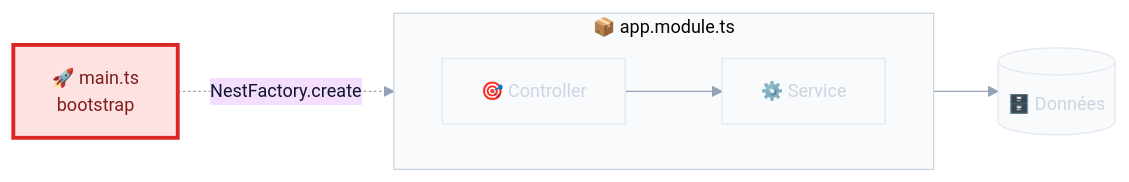
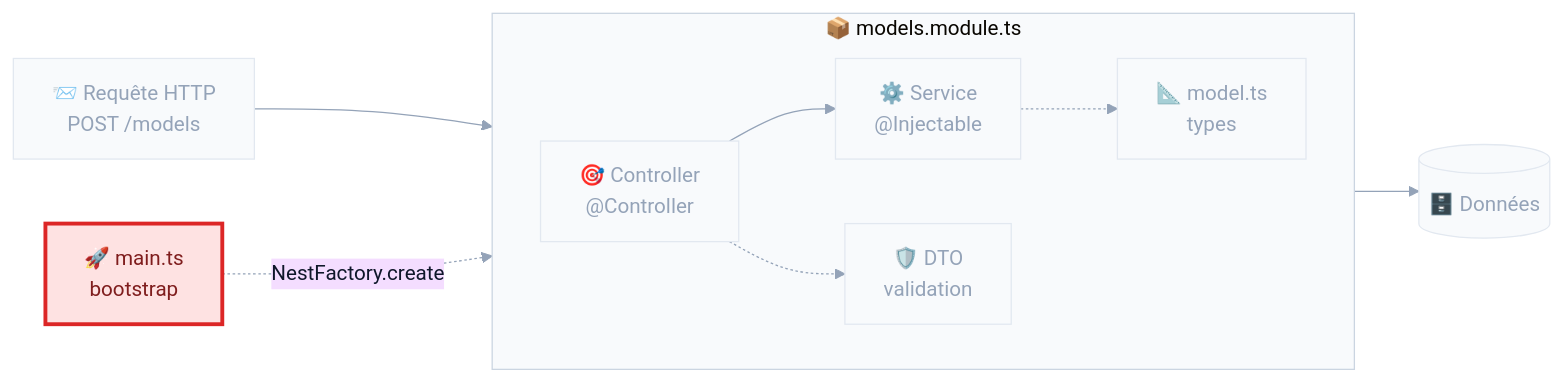
Before and after one commit to gaetanmaisse/ismin-web-2026-tps: the seventh of 9 diagrams in slides/s02-nestjs.md, drawn with Mermaid. The commit also changed other lines of this file, not shown here.

````diff
--- a/slides/s02-nestjs.md
+++ b/slides/s02-nestjs.md
@@ -856,15 +920,29 @@
-```mermaid {scale: 0.5}
-%%{init: {'theme':'base','themeVariables':{'fontFamily':'ui-sans-serif, -apple-system, Segoe UI, sans-serif','fontSize':'14px','lineColor':'#94a3b8','primaryTextColor':'#0f172a','clusterBkg':'#f8fafc','clusterBorder':'#cbd5e1'}}}%%
+```mermaid {scale: 0.95}
+%%{init: {'theme':'base','themeVariables':{'fontFamily':'ui-sans-serif, -apple-system, Segoe UI, sans-serif','fontSize':'16px','lineColor':'#94a3b8','primaryTextColor':'#0f172a','clusterBkg':'#f8fafc','clusterBorder':'#cbd5e1'}}}%%
 flowchart LR
   MA["🚀 main.ts<br/>bootstrap"] -.->|"NestFactory.create"| M
-  subgraph M["📦 app.module.ts"]
+  R["📨 Requête HTTP<br/>POST /models"] --> C
+  subgraph M["📦 models.module.ts"]
     direction LR
-    C["🎯 Controller"] --> S["⚙️ Service"]
+    C["🎯 Controller<br/>@Controller"] --> S["⚙️ Service<br/>@Injectable"]
+    C -.-> D["🛡️ DTO<br/>validation"]
+    S -.-> E["📐 model.ts<br/>types"]
   end
   S --> DB[("🗄️ Données")]
 
   classDef boot fill:#fee2e2,stroke:#dc2626,stroke-width:3px,color:#7f1d1d
-  classDef mute fill:#f8fafc,stroke:#e2e8f0,stroke-width:1px,color:#cbd5e1
+  classDef req fill:#fef3c7,stroke:#f59e0b,stroke-width:2px,color:#78350f
+  classDef ctrl fill:#dbeafe,stroke:#2563eb,stroke-width:2px,color:#1e3a5f
+  classDef svc fill:#ede9fe,stroke:#7c3aed,stroke-width:2px,color:#3b0764
+  classDef dto fill:#ccfbf1,stroke:#0d9488,stroke-width:2px,color:#134e4a
+  classDef typ fill:#f1f5f9,stroke:#64748b,stroke-width:2px,color:#1e293b
+  classDef db fill:#dcfce7,stroke:#16a34a,stroke-width:2px,color:#14532d
+  classDef mute fill:#f8fafc,stroke:#e2e8f0,stroke-width:1px,color:#94a3b8
   class MA boot
-  class C,S,DB mute
+  class R mute
+  class C mute
+  class S mute
+  class D mute
+  class E mute
+  class DB mute
 ```
````
